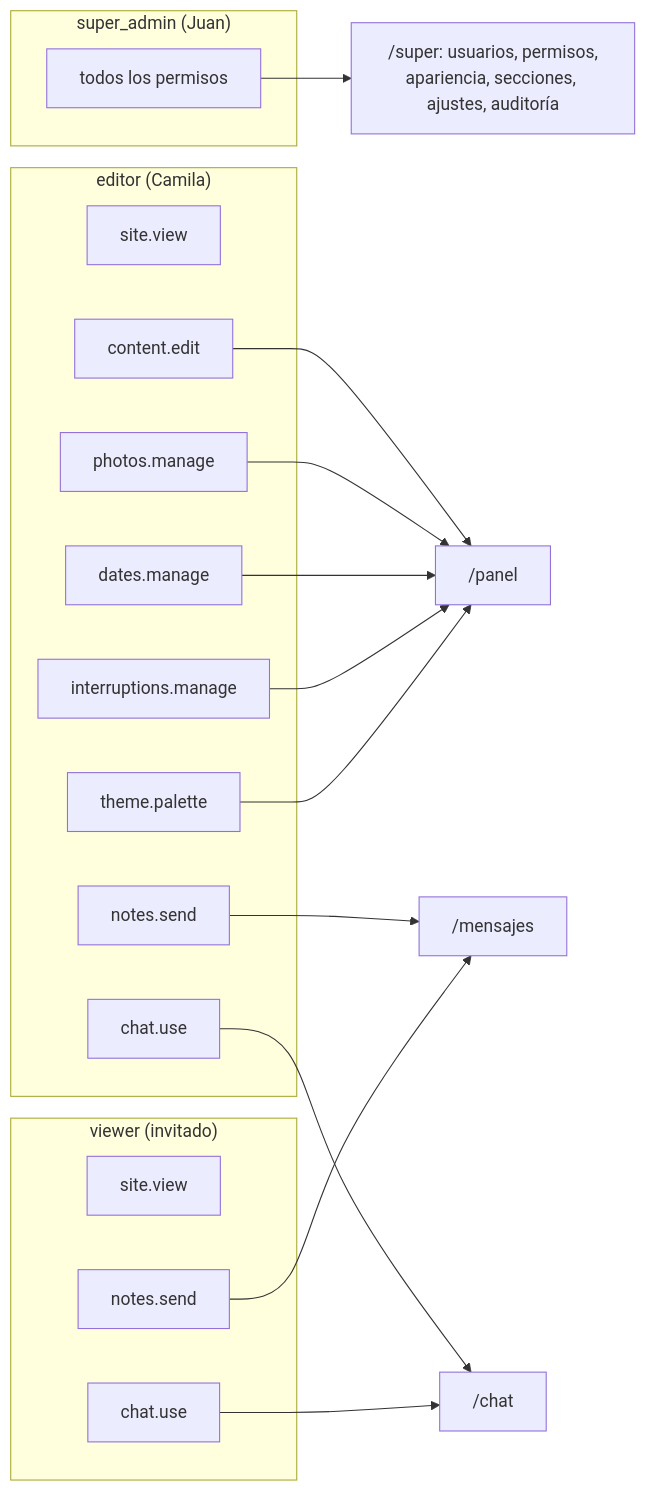
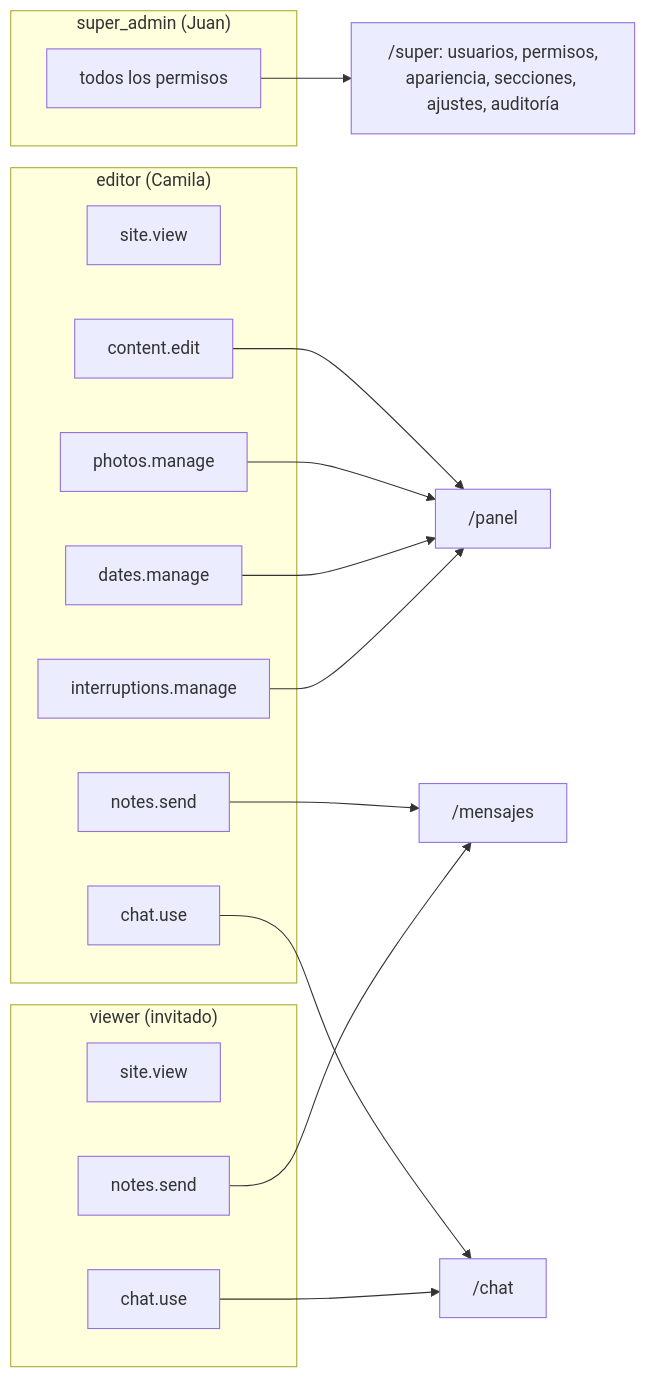
Before and after one commit to Juan-Carlos-Estevez-Vargas/Camila-Sanchez: diagram 16 of 16 in docs/DIAGRAMAS.md, drawn with Mermaid. The commit also changed other lines of this file and 3 other files, not shown here.

Commit message:
docs: colores por persona en manuales y diagramas

````diff
--- a/docs/DIAGRAMAS.md
+++ b/docs/DIAGRAMAS.md
@@ -464,25 +465,24 @@
 ```mermaid
 flowchart LR
   subgraph super_admin["super_admin (Juan)"]
     ALL["todos los permisos"]
   end
   subgraph editor["editor (Camila)"]
     E1["site.view"]
     E2["content.edit"]
     E3["photos.manage"]
     E4["dates.manage"]
     E5["interruptions.manage"]
     E6["notes.send"]
     E7["chat.use"]
-    E8["theme.palette"]
   end
   subgraph viewer["viewer (invitado)"]
     V1["site.view"]
     V2["notes.send"]
     V3["chat.use"]
   end
   ALL --> SUPER["/super: usuarios, permisos,<br/>apariencia, secciones, ajustes, auditoría"]
-  E2 & E3 & E4 & E5 & E8 --> PANEL["/panel"]
+  E2 & E3 & E4 & E5 --> PANEL["/panel"]
   E6 & V2 --> MSG["/mensajes"]
   E7 & V3 --> CHAT["/chat"]
 ```
````
